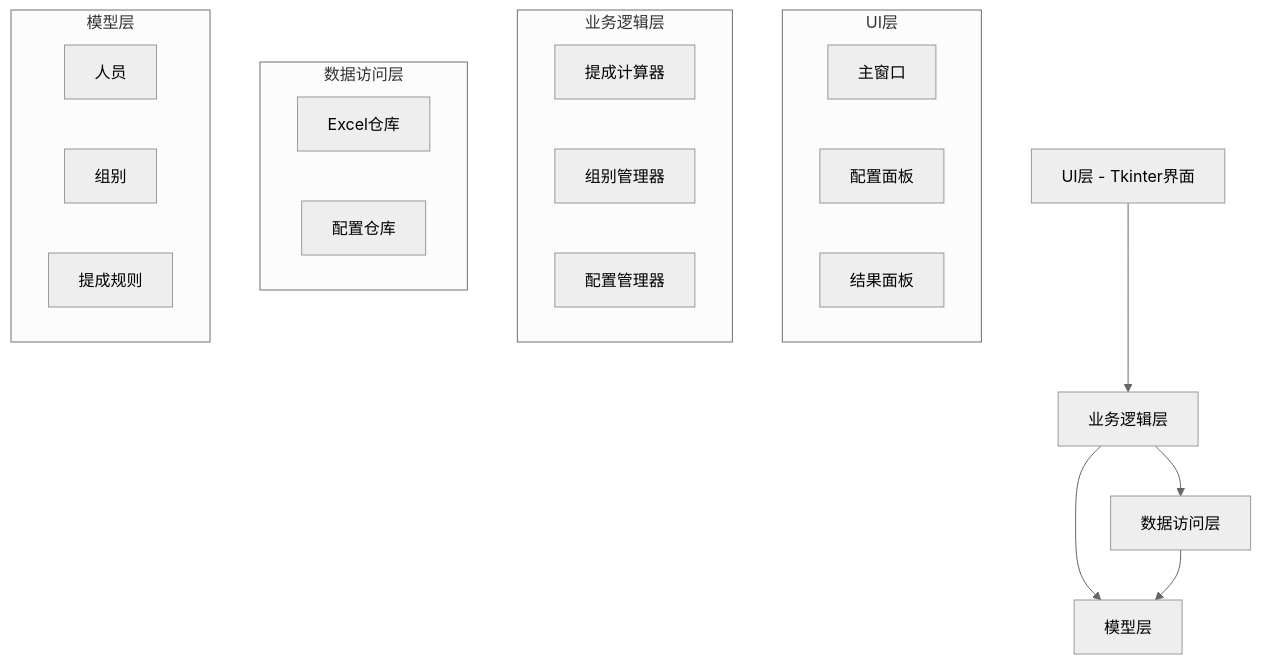
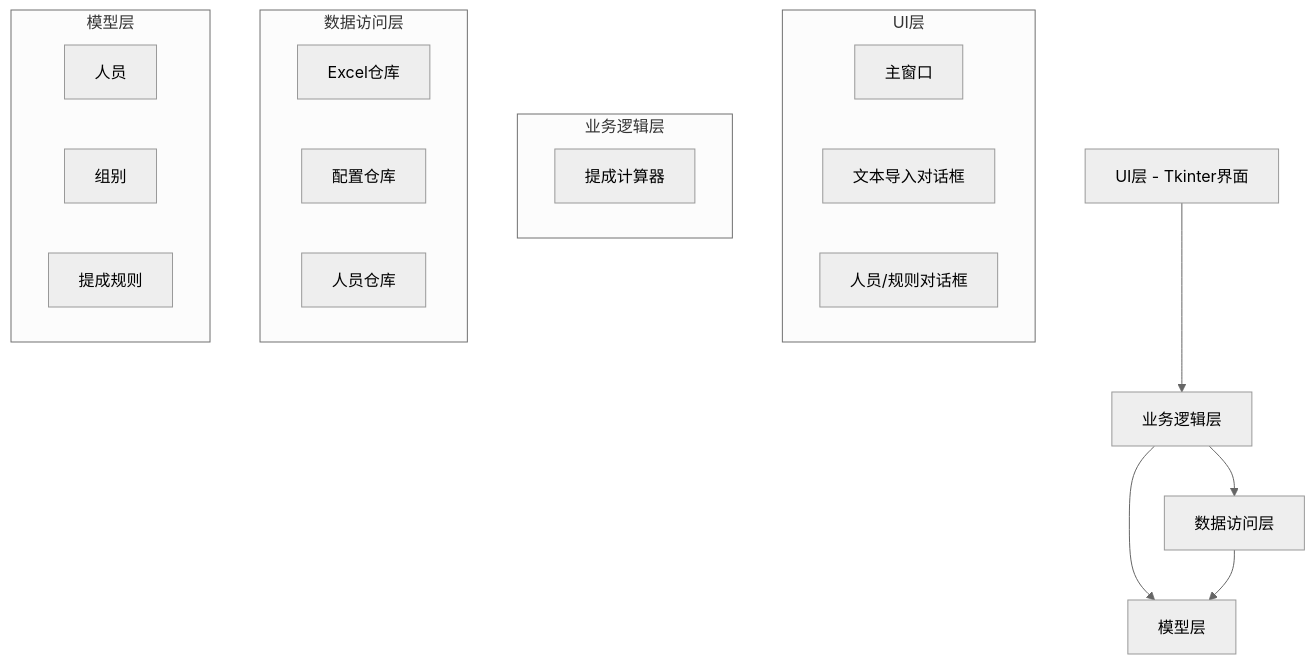
The first of 2 diagrams in docs/design/README.md (Ts-sound/CommissionCalc), drawn with Mermaid (neutral theme) before and after one commit. The commit also changed other lines of this file and 2 other files, not shown here.

````diff
--- a/docs/design/README.md
+++ b/docs/design/README.md
@@ -73,35 +75,34 @@
 ```mermaid
 graph TB
     UI[UI层 - Tkinter界面]
     BL[业务逻辑层]
     DA[数据访问层]
     MO[模型层]
     
     UI --> BL
     BL --> DA
     BL --> MO
     DA --> MO
     
     subgraph UI层
         MW[主窗口]
-        CP[配置面板]
-        RP[结果面板]
+        TD[文本导入对话框]
+        DL[人员/规则对话框]
     end
     
     subgraph 业务逻辑层
         CALC[提成计算器]
-        GM[组别管理器]
-        CM[配置管理器]
     end
     
     subgraph 数据访问层
         EXCEL[Excel仓库]
         CONFIG[配置仓库]
+        PEOPLE[人员仓库]
     end
     
     subgraph 模型层
         PERSON[人员]
         GROUP[组别]
         RULE[提成规则]
     end
 ```
````
